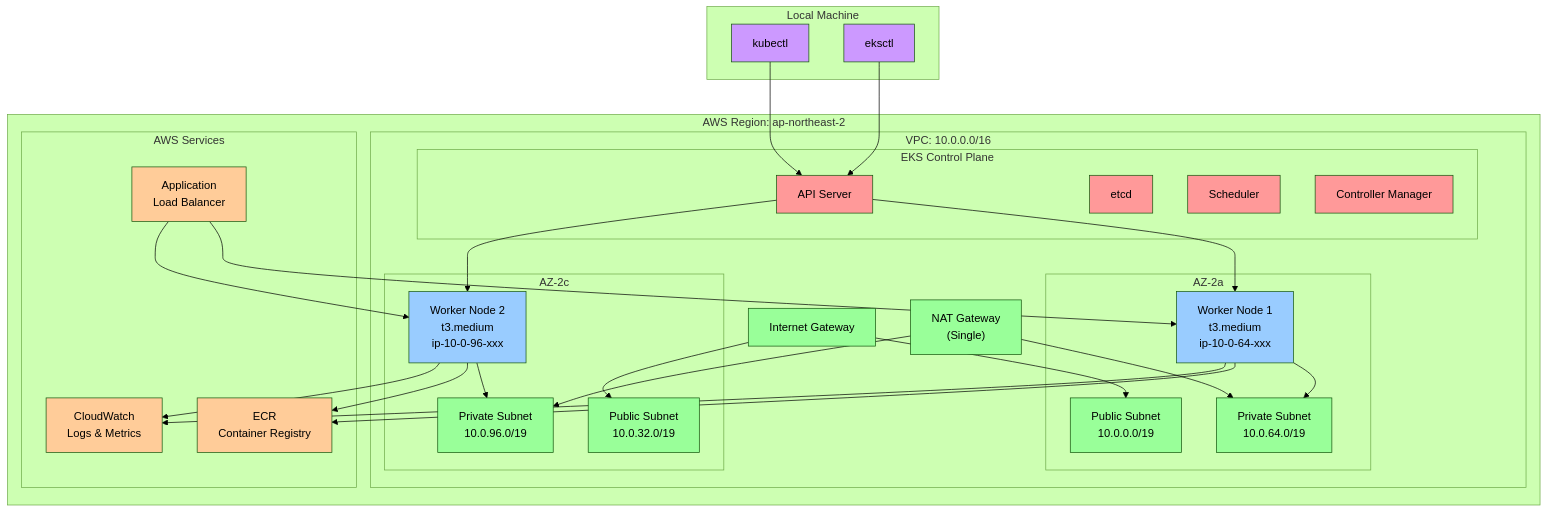
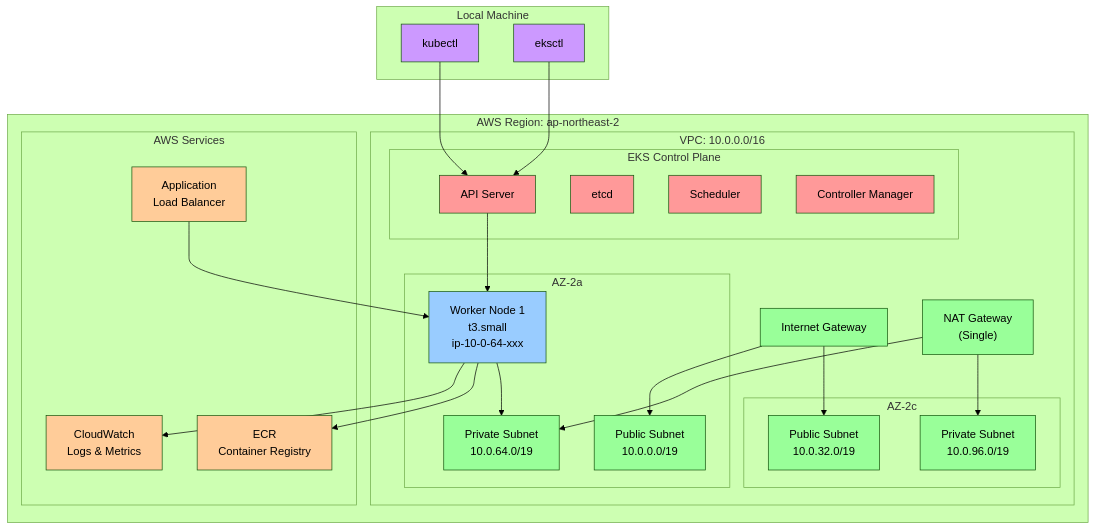
Before and after one commit to niceguy61/kdt_devops_lecture_2025: the second of 4 diagrams in theory/december/kubernetes_advanced/day1_eks_setup/session1.md, drawn with Mermaid (forest theme). The commit also changed other lines of this file and 1 other file, not shown here.

Commit message:
ㅅㄷㄴㅅ

````diff
--- a/theory/december/kubernetes_advanced/day1_eks_setup/session1.md
+++ b/theory/december/kubernetes_advanced/day1_eks_setup/session1.md
@@ -214,75 +213,69 @@
 ```mermaid
 graph TB
     subgraph "AWS Region: ap-northeast-2"
         subgraph "VPC: 10.0.0.0/16"
             subgraph "AZ-2a"
                 PubSub1["Public Subnet<br/>10.0.0.0/19"]
                 PriSub1["Private Subnet<br/>10.0.64.0/19"]
-                Worker1["Worker Node 1<br/>t3.medium<br/>ip-10-0-64-xxx"]
+                Worker1["Worker Node 1<br/>t3.small<br/>ip-10-0-64-xxx"]
             end
             
             subgraph "AZ-2c"
                 PubSub2["Public Subnet<br/>10.0.32.0/19"]
                 PriSub2["Private Subnet<br/>10.0.96.0/19"]
-                Worker2["Worker Node 2<br/>t3.medium<br/>ip-10-0-96-xxx"]
             end
             
             IGW["Internet Gateway"]
             NAT["NAT Gateway<br/>(Single)"]
             
             subgraph "EKS Control Plane"
                 API["API Server"]
                 ETCD["etcd"]
                 Scheduler["Scheduler"]
                 Controller["Controller Manager"]
             end
         end
         
         subgraph "AWS Services"
             ECR["ECR<br/>Container Registry"]
             CloudWatch["CloudWatch<br/>Logs & Metrics"]
             ALB["Application<br/>Load Balancer"]
         end
     end
     
     subgraph "Local Machine"
         kubectl["kubectl"]
         eksctl["eksctl"]
     end
     
     %% 연결 관계
     kubectl --> API
     eksctl --> API
     
     IGW --> PubSub1
     IGW --> PubSub2
     NAT --> PriSub1
     NAT --> PriSub2
     
     Worker1 --> PriSub1
-    Worker2 --> PriSub2
     
     API --> Worker1
-    API --> Worker2
     
     Worker1 --> ECR
-    Worker2 --> ECR
     Worker1 --> CloudWatch
-    Worker2 --> CloudWatch
     
     ALB --> Worker1
-    ALB --> Worker2
     
     %% 스타일링
     classDef controlPlane fill:#ff9999
     classDef worker fill:#99ccff
     classDef network fill:#99ff99
     classDef aws fill:#ffcc99
     classDef local fill:#cc99ff
     
     class API,ETCD,Scheduler,Controller controlPlane
-    class Worker1,Worker2 worker
+    class Worker1 worker
     class PubSub1,PubSub2,PriSub1,PriSub2,IGW,NAT network
     class ECR,CloudWatch,ALB aws
     class kubectl,eksctl local
 ```
````
